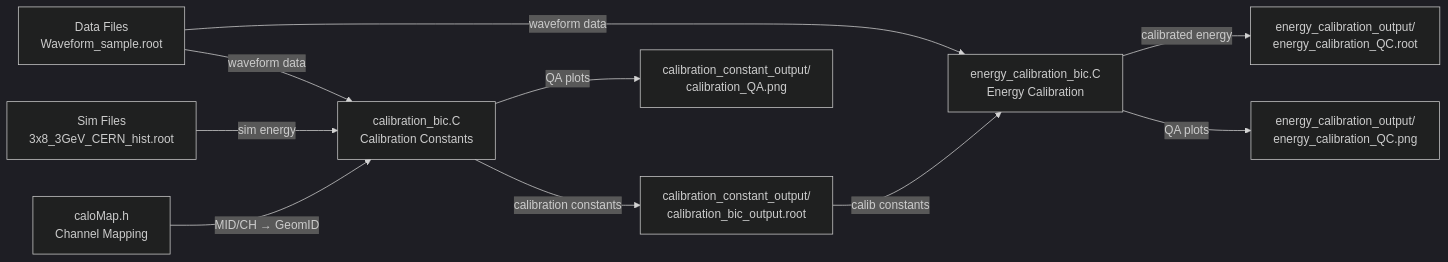
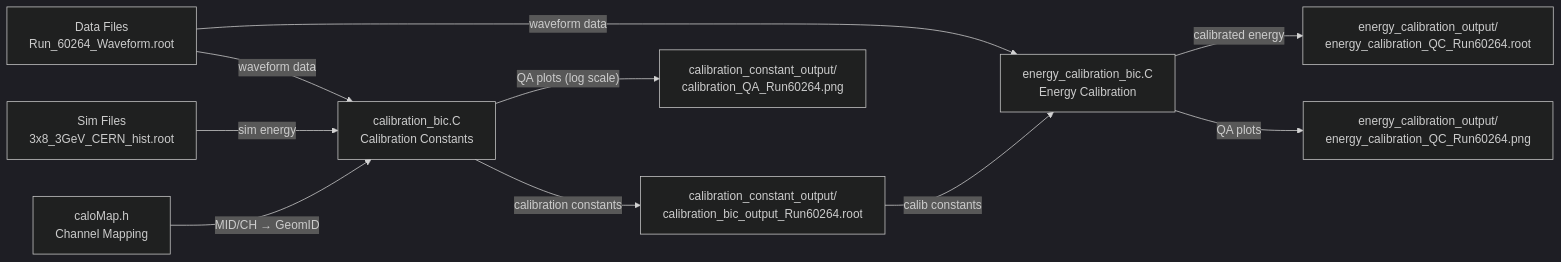
The diagram in README.md (joonsukbae/BIC_prompt_analysis), drawn with Mermaid (dark theme) before and after one commit. The commit also changed other lines of this file and 7 other files, not shown here.

````diff
--- a/README.md
+++ b/README.md
@@ -1,12 +1,12 @@
 ```mermaid
 flowchart LR
-  A["Data Files<br/>Waveform_sample.root"] -->|"waveform data"| B["calibration_bic.C<br/>Calibration Constants"]
+  A["Data Files<br/>Run_60264_Waveform.root"] -->|"waveform data"| B["calibration_bic.C<br/>Calibration Constants"]
   C["Sim Files<br/>3x8_3GeV_CERN_hist.root"] -->|"sim energy"| B
   D["caloMap.h<br/>Channel Mapping"] -->|"MID/CH → GeomID"| B
-  B -->|"calibration constants"| E["calibration_constant_output/<br/>calibration_bic_output.root"]
-  B -->|"QA plots"| F["calibration_constant_output/<br/>calibration_QA.png"]
+  B -->|"calibration constants"| E["calibration_constant_output/<br/>calibration_bic_output_Run60264.root"]
+  B -->|"QA plots (log scale)"| F["calibration_constant_output/<br/>calibration_QA_Run60264.png"]
   A -->|"waveform data"| G["energy_calibration_bic.C<br/>Energy Calibration"]
   E -->|"calib constants"| G
-  G -->|"calibrated energy"| H["energy_calibration_output/<br/>energy_calibration_QC.root"]
-  G -->|"QA plots"| I["energy_calibration_output/<br/>energy_calibration_QC.png"]
+  G -->|"calibrated energy"| H["energy_calibration_output/<br/>energy_calibration_QC_Run60264.root"]
+  G -->|"QA plots"| I["energy_calibration_output/<br/>energy_calibration_QC_Run60264.png"]
 ```
````
